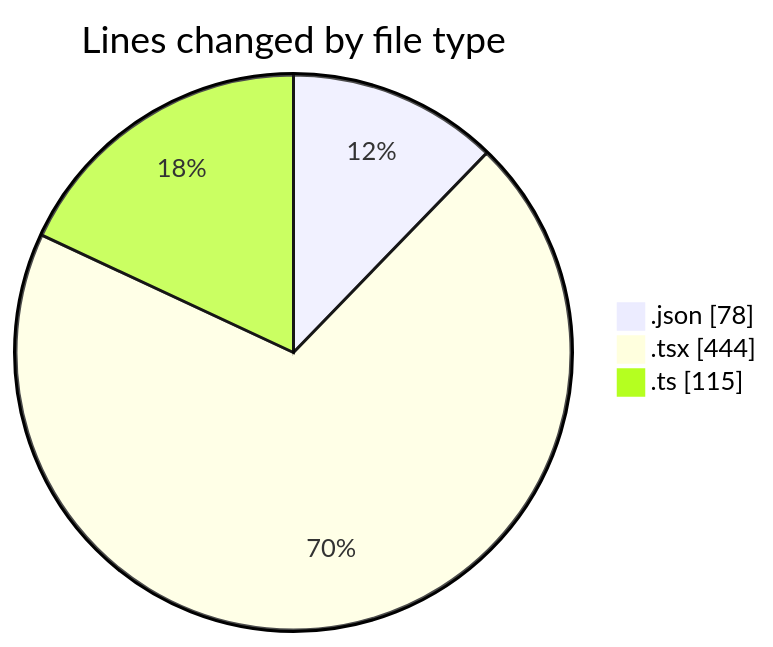
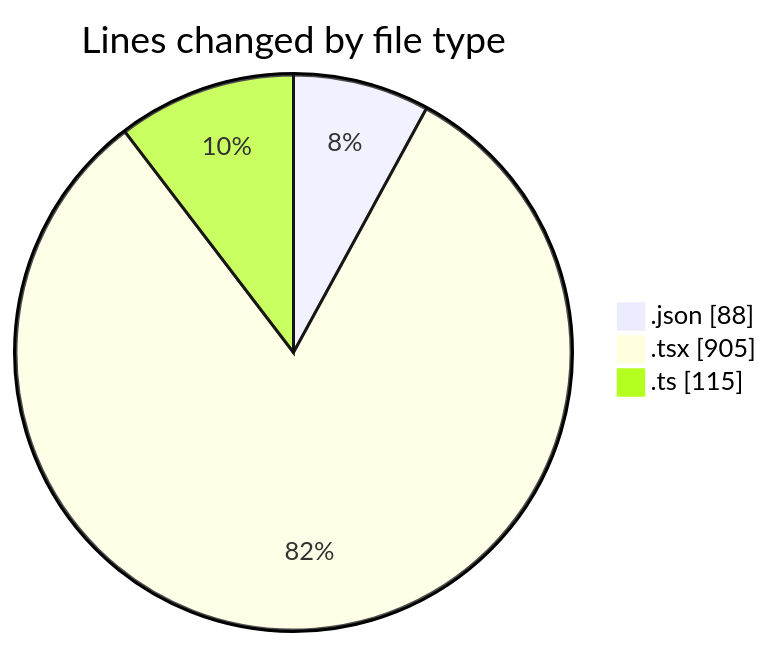
Before and after one commit to momahboobian/code-tracking: the first of 2 diagrams in 2026-10-22/cda/README.md, drawn with Mermaid. The commit also changed other lines of this file and 1 other file, not shown here.

````diff
--- a/2026-10-22/cda/README.md
+++ b/2026-10-22/cda/README.md
@@ -23,7 +24,7 @@
 ```mermaid
 pie showData
 title Lines changed by file type
-".json" : 78
-".tsx" : 444
+".json" : 88
+".tsx" : 905
 ".ts" : 115
 ```
````
